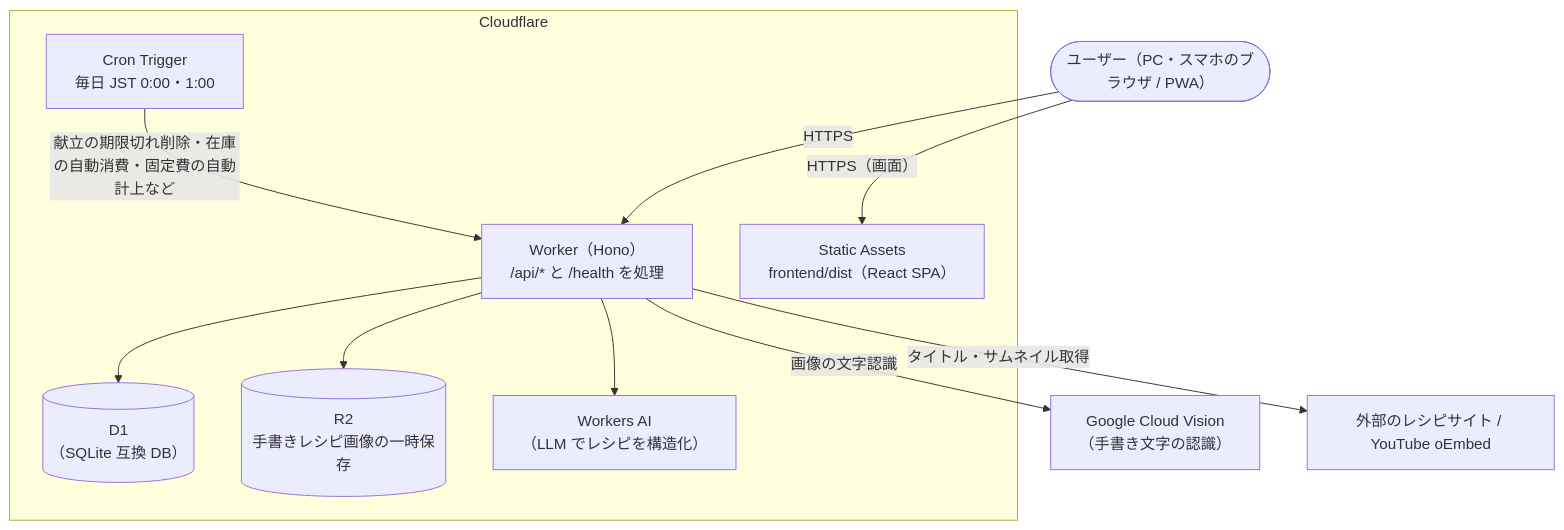
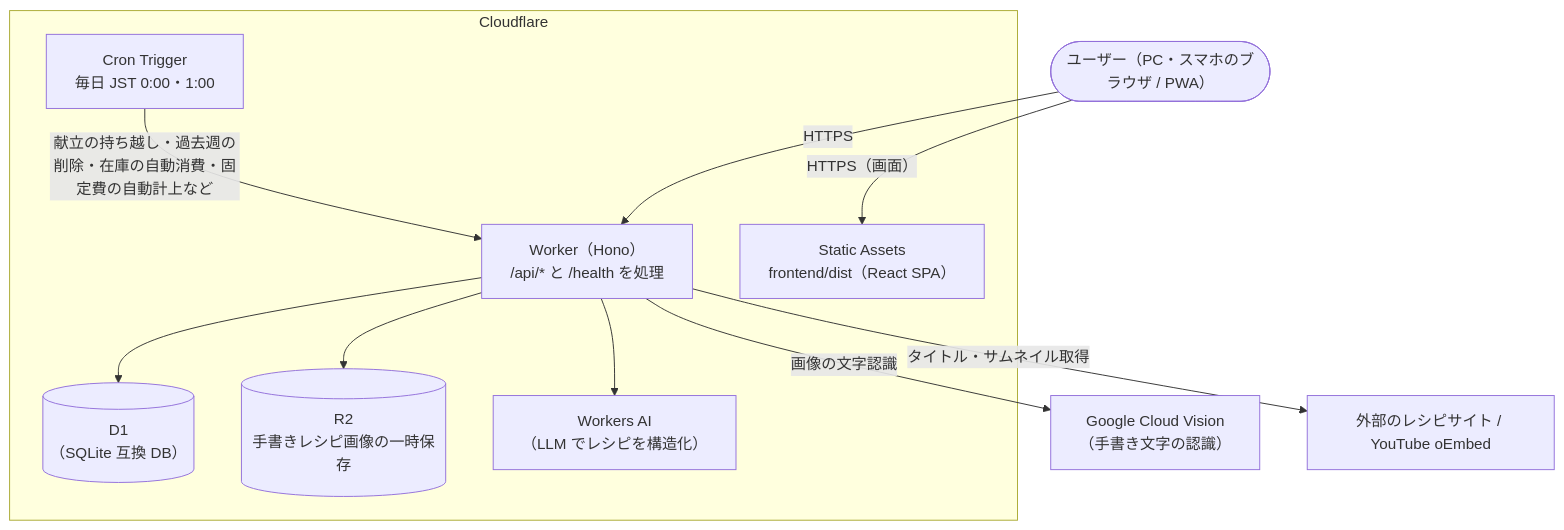
One commit to yamamotonaoki3/HomeLog changed the diagram in docs/details/system-architecture.md. Above: the diagram before and after it, drawn with Mermaid. The commit also changed other lines of this file and 26 other files, not shown here.

````diff
--- a/docs/details/system-architecture.md
+++ b/docs/details/system-architecture.md
@@ -11,25 +11,25 @@
 ```mermaid
 flowchart TB
     User(["ユーザー（PC・スマホのブラウザ / PWA）"])
 
     subgraph CF["Cloudflare"]
         Worker["Worker（Hono）\n/api/* と /health を処理"]
         Assets["Static Assets\nfrontend/dist（React SPA）"]
         D1[("D1\n（SQLite 互換 DB）")]
         R2[("R2\n手書きレシピ画像の一時保存")]
         AI["Workers AI\n（LLM でレシピを構造化）"]
         Cron["Cron Trigger\n毎日 JST 0:00・1:00"]
     end
 
     Vision["Google Cloud Vision\n（手書き文字の認識）"]
     Web["外部のレシピサイト / YouTube oEmbed"]
 
     User -- HTTPS --> Worker
     User -- HTTPS（画面） --> Assets
     Worker --> D1
     Worker --> R2
     Worker --> AI
     Worker -- 画像の文字認識 --> Vision
     Worker -- タイトル・サムネイル取得 --> Web
-    Cron -- 献立の期限切れ削除・在庫の自動消費・固定費の自動計上など --> Worker
+    Cron -- 献立の持ち越し・過去週の削除・在庫の自動消費・固定費の自動計上など --> Worker
 ```
````
